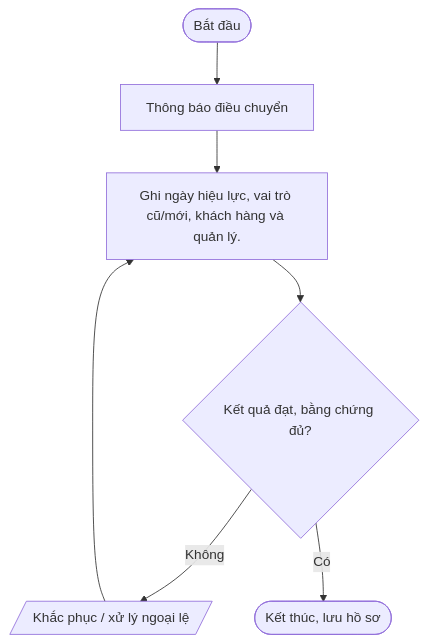
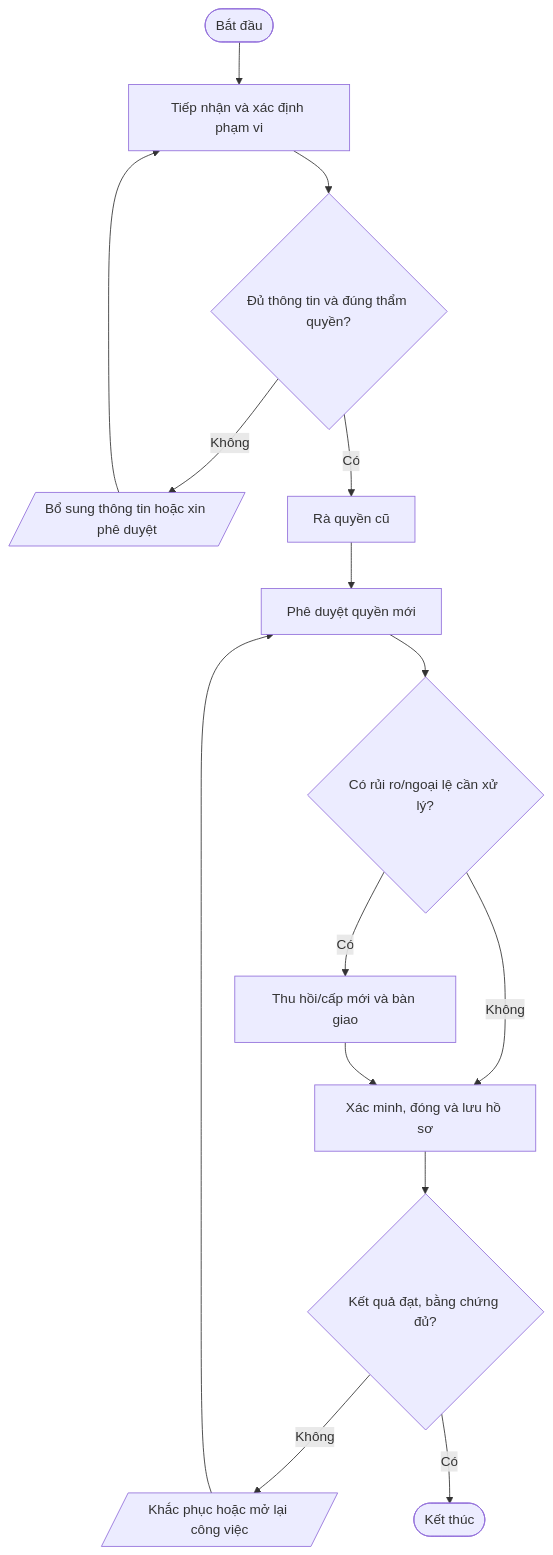
One commit to daoaigiangnam/Quy_Trinh_Chuan changed the second of 5 diagrams in quy-trinh/05-Nhan-su/README.md. Above: the diagram before and after it, drawn with Mermaid. The commit also changed other lines of this file, not shown here.

Commit message:
docs: refine detailed procedure steps and Mermaid flowcharts

````diff
--- a/quy-trinh/05-Nhan-su/README.md
+++ b/quy-trinh/05-Nhan-su/README.md
@@ -118,11 +139,17 @@
 ```mermaid
 flowchart TD
-  A([Bắt đầu]) --> S1
-  S1["Thông báo điều chuyển"]
-  S2["Ghi ngày hiệu lực, vai trò cũ/mới, khách hàng và quản lý."]
-  S1 --> S2
-  S2 --> D2{"Kết quả đạt, bằng chứng đủ?"}
-  D2 -- Không --> REWORK[/"Khắc phục / xử lý ngoại lệ"/]
-  REWORK --> S2
-  D2 -- Có --> Z([Kết thúc, lưu hồ sơ])
+  A([Bắt đầu]) --> S1["Tiếp nhận và xác định phạm vi"]
+  S1 --> D1{"Đủ thông tin và đúng thẩm quyền?"}
+  D1 -- Không --> F1[/"Bổ sung thông tin hoặc xin phê duyệt"/]
+  F1 --> S1
+  D1 -- Có --> S2["Rà quyền cũ"]
+  S2 --> S3["Phê duyệt quyền mới"]
+  S3 --> D2{"Có rủi ro/ngoại lệ cần xử lý?"}
+  D2 -- Có --> S4["Thu hồi/cấp mới và bàn giao"]
+  D2 -- Không --> S5["Xác minh, đóng và lưu hồ sơ"]
+  S4 --> S5
+  S5 --> D3{"Kết quả đạt, bằng chứng đủ?"}
+  D3 -- Không --> R[/"Khắc phục hoặc mở lại công việc"/]
+  R --> S3
+  D3 -- Có --> Z([Kết thúc])
 ```
````
